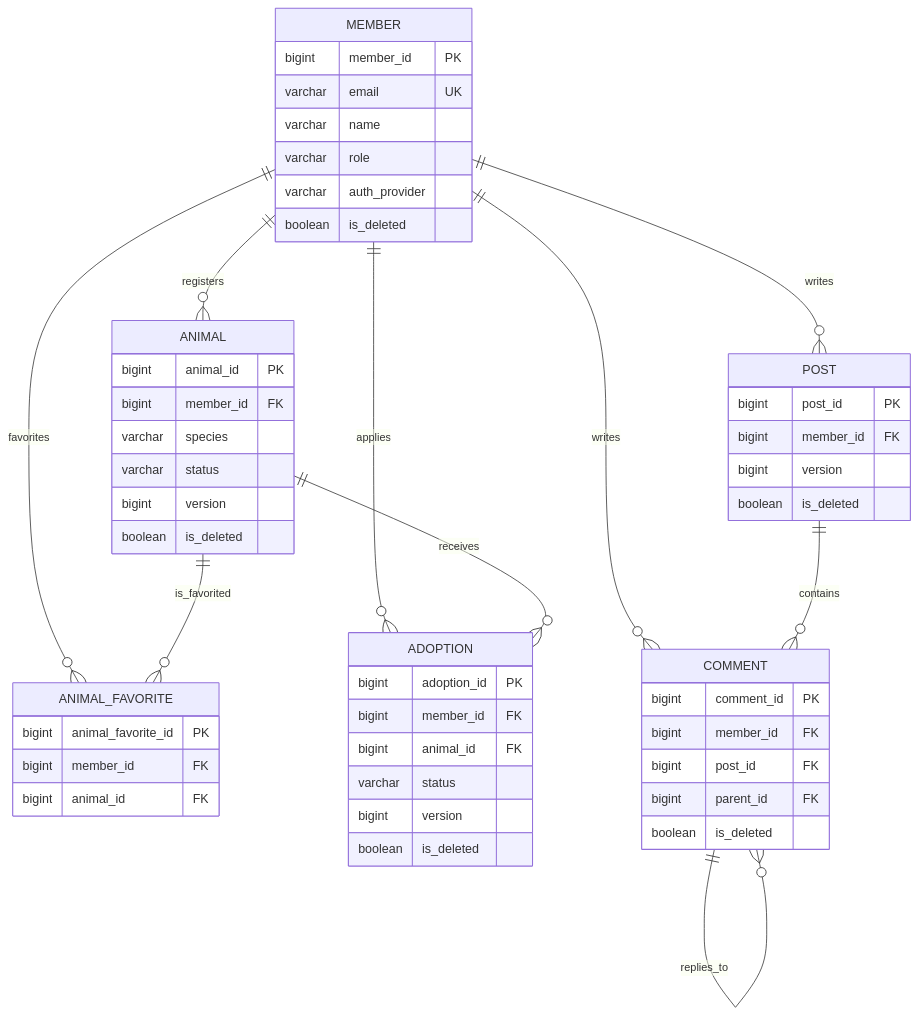
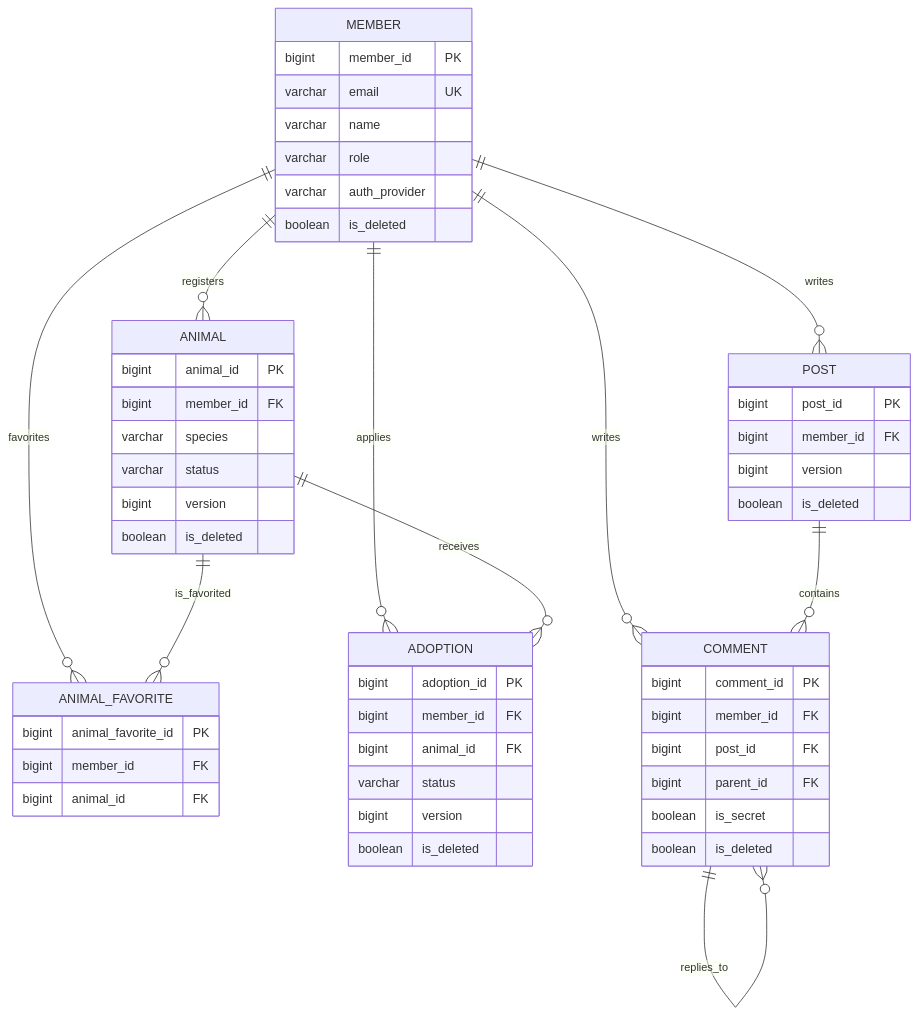
One commit to cookiboii/paw-mate-frontend changed the diagram in api.md. Above: the diagram before and after it, drawn with Mermaid. The commit also changed other lines of this file and 3 other files, not shown here.

````diff
--- a/api.md
+++ b/api.md
@@ -471,55 +492,56 @@
 ```mermaid
 erDiagram
     MEMBER ||--o{ ANIMAL : registers
     MEMBER ||--o{ ANIMAL_FAVORITE : favorites
     MEMBER ||--o{ ADOPTION : applies
     MEMBER ||--o{ POST : writes
     MEMBER ||--o{ COMMENT : writes
     ANIMAL ||--o{ ANIMAL_FAVORITE : is_favorited
     ANIMAL ||--o{ ADOPTION : receives
     POST ||--o{ COMMENT : contains
     COMMENT ||--o{ COMMENT : replies_to
 
     MEMBER {
         bigint member_id PK
         varchar email UK
         varchar name
         varchar role
         varchar auth_provider
         boolean is_deleted
     }
     ANIMAL {
         bigint animal_id PK
         bigint member_id FK
         varchar species
         varchar status
         bigint version
         boolean is_deleted
     }
     ADOPTION {
         bigint adoption_id PK
         bigint member_id FK
         bigint animal_id FK
         varchar status
         bigint version
         boolean is_deleted
     }
     ANIMAL_FAVORITE {
         bigint animal_favorite_id PK
         bigint member_id FK
         bigint animal_id FK
     }
     POST {
         bigint post_id PK
         bigint member_id FK
         bigint version
         boolean is_deleted
     }
     COMMENT {
         bigint comment_id PK
         bigint member_id FK
         bigint post_id FK
         bigint parent_id FK
+        boolean is_secret
         boolean is_deleted
     }
 ```
````
